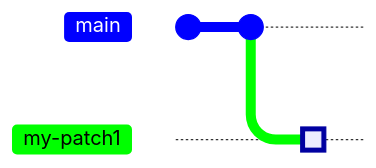
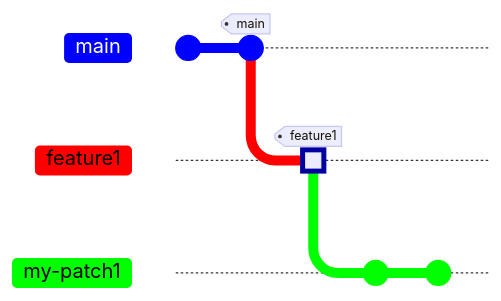
One commit to BobKerns/rebase-demo3 changed the second of 5 diagrams in README.md. Above: the diagram before and after it, drawn with Mermaid. The commit also changed other lines of this file, not shown here. Commit ids are hidden.

````diff
--- a/README.md
+++ b/README.md
@@ -97,10 +95,15 @@
 ```mermaid
-gitGraph%%{init { 'theme': 'default', 'themeVariables': {
+gitGraph
+%%{init { 'theme': 'default', 'themeVariables': {
     'git0': '#0000ff',
-    'git1': '#00ff00'
+    'git1': '#ff0000',
+    'git2': '#00ff00'
 } } }%%
-commit id: "Initial commit"
-commit id: "main"
+commit
+commit tag: "main"
+branch feature1
+commit type: HIGHLIGHT tag: "feature1"
 branch my-patch1
-commit id: "Consolidated" type: HIGHLIGHT
+commit id: "fix-1"
+commit id: "fix-2"
 ```
````
